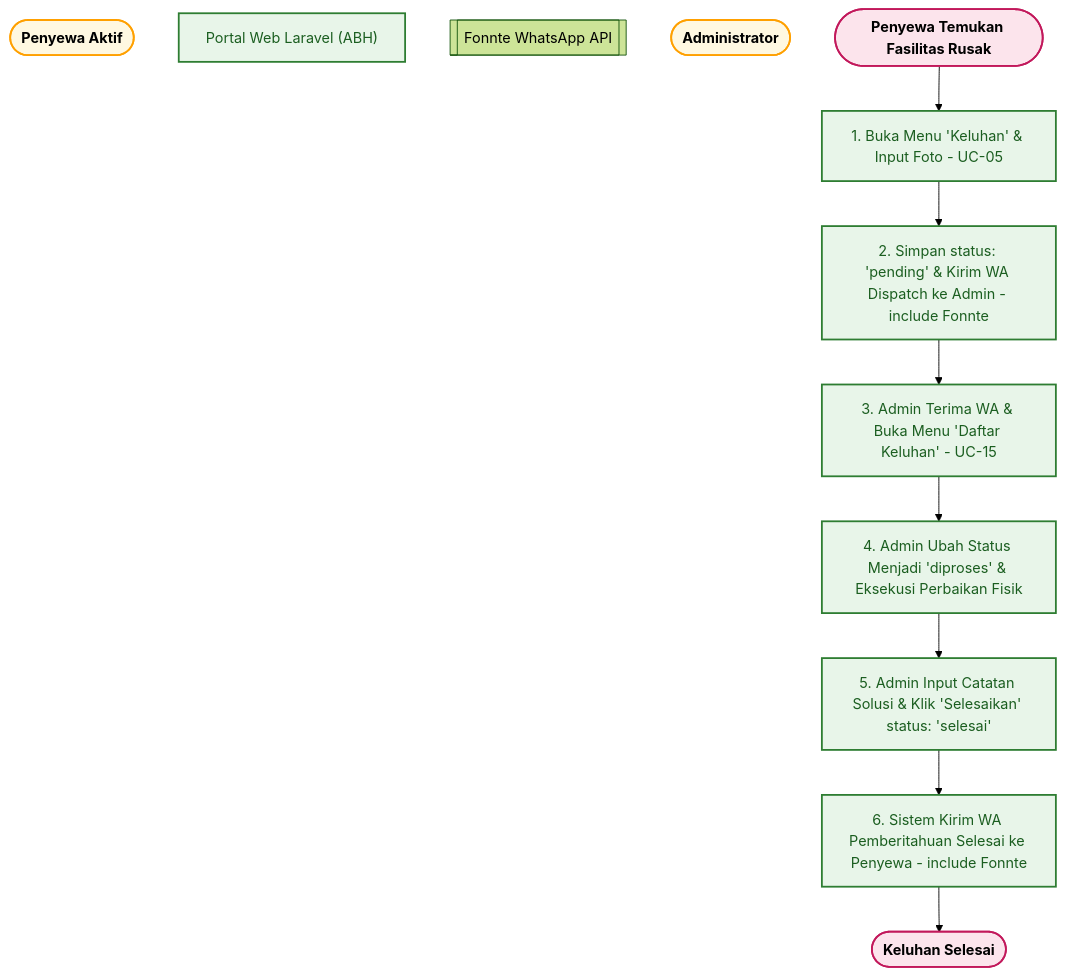
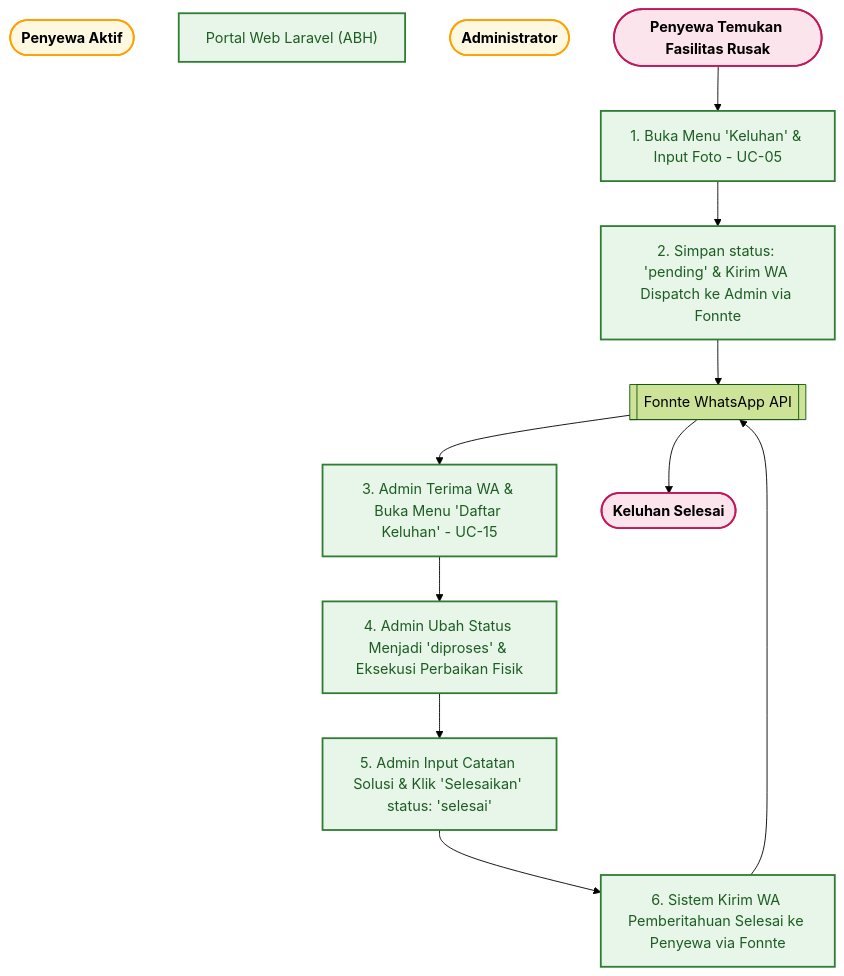
Before and after one commit to rafifarsyapradiva/asri-boarding-house: the tenth of 12 diagrams in Blueprint/Use_Case_Diagram_Kost.md, drawn with Mermaid (forest theme). The commit also changed other lines of this file and 35 other files, not shown here.

Commit message:
docs(use-case): finalisasi use case diagram, kepatuhan notasi uml 2.5, alur interaksi terpadu, dan update blueprint v237.0

````diff
--- a/Blueprint/Use_Case_Diagram_Kost.md
+++ b/Blueprint/Use_Case_Diagram_Kost.md
@@ -639,21 +972,23 @@
 ```mermaid
 flowchart TD
     classDef actorNode fill:#fff8e1,stroke:#ffa000,stroke-width:2px,font-weight:bold;
     classDef sysNode fill:#e8f5e9,stroke:#2e7d32,stroke-width:2px,color:#1b5e20;
     classDef terminalNode fill:#fce4ec,stroke:#c2185b,stroke-width:2px,font-weight:bold;
 
     %% ACTORS & SYSTEMS
     Tenant(["Penyewa Aktif"]):::actorNode
     Sys["Portal Web Laravel (ABH)"]:::sysNode
     Fonnte[["Fonnte WhatsApp API"]]:::extNode
     Admin(["Administrator"]):::actorNode
 
     %% FLOW
     Start([Penyewa Temukan Fasilitas Rusak]):::terminalNode --> A1[1. Buka Menu 'Keluhan' & Input Foto - UC-05]:::sysNode
-    A1 --> A2[2. Simpan status: 'pending' & Kirim WA Dispatch ke Admin - include Fonnte]:::sysNode
-    A2 --> A3[3. Admin Terima WA & Buka Menu 'Daftar Keluhan' - UC-15]:::sysNode
+    A1 --> A2[2. Simpan status: 'pending' & Kirim WA Dispatch ke Admin via Fonnte]:::sysNode
+    A2 --> Fonnte
+    Fonnte --> A3[3. Admin Terima WA & Buka Menu 'Daftar Keluhan' - UC-15]:::sysNode
     A3 --> A4[4. Admin Ubah Status Menjadi 'diproses' & Eksekusi Perbaikan Fisik]:::sysNode
     A4 --> A5[5. Admin Input Catatan Solusi & Klik 'Selesaikan' status: 'selesai']:::sysNode
-    A5 --> A6[6. Sistem Kirim WA Pemberitahuan Selesai ke Penyewa - include Fonnte]:::sysNode
-    A6 --> End([Keluhan Selesai]):::terminalNode
+    A5 --> A6[6. Sistem Kirim WA Pemberitahuan Selesai ke Penyewa via Fonnte]:::sysNode
+    A6 --> Fonnte
+    Fonnte --> End([Keluhan Selesai]):::terminalNode
 ```
````
